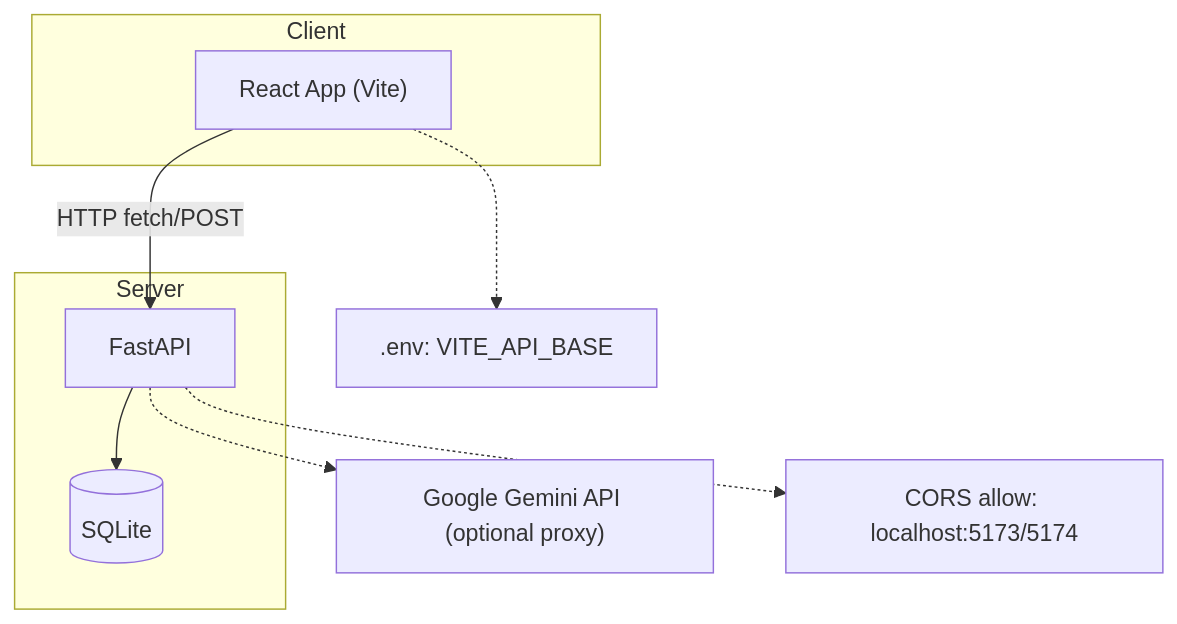
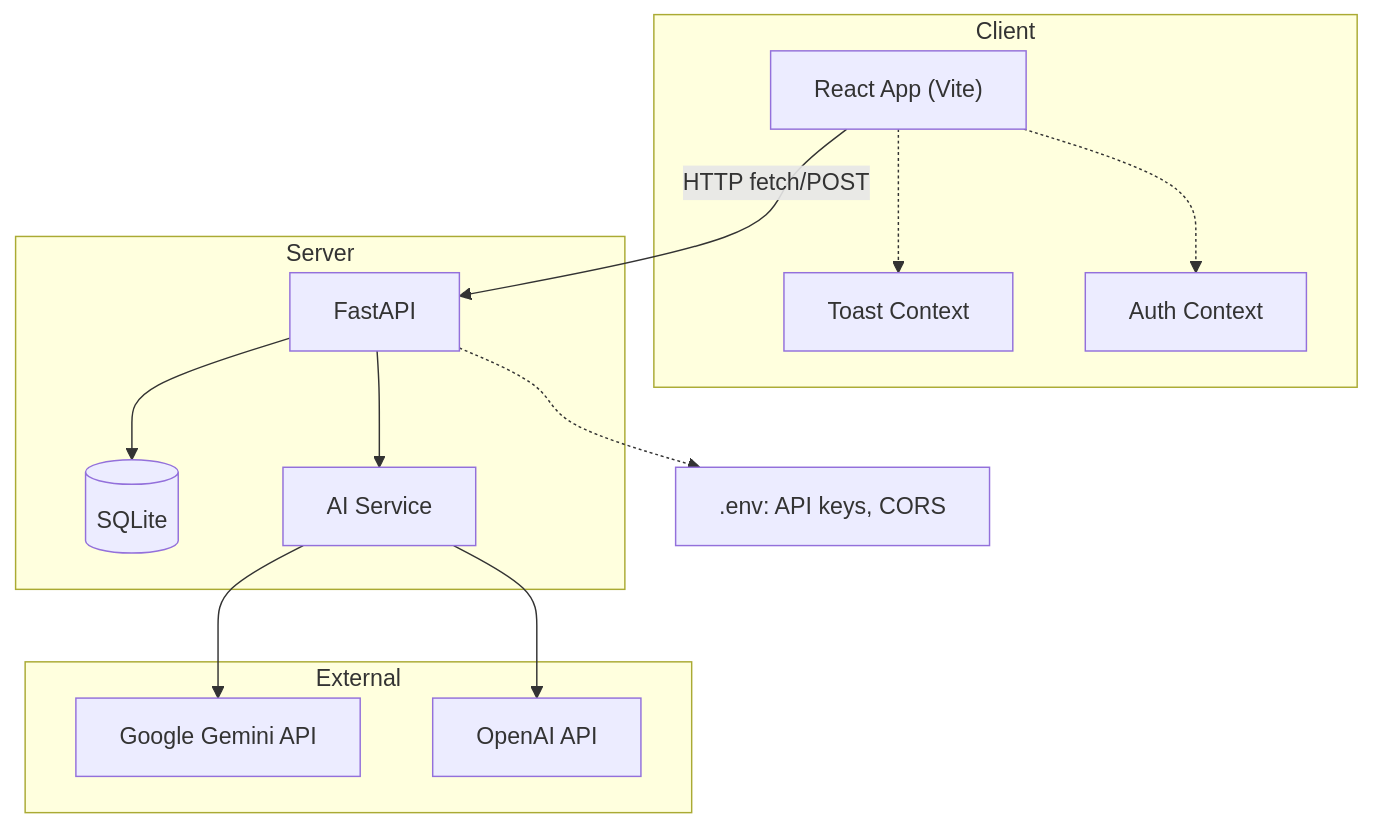
Before and after one commit to genfuru011/Sense-haiku: the eighth of 8 diagrams in Docs/Diagrams.md, drawn with Mermaid. The commit also changed other lines of this file and 12 other files, not shown here.

````diff
--- a/Docs/Diagrams.md
+++ b/Docs/Diagrams.md
@@ -60,17 +190,29 @@
 ```mermaid
 graph TD
   subgraph Client
     FE["React App (Vite)"]
+    TC["Toast Context"]
+    AC["Auth Context"]
   end
   subgraph Server
     BE["FastAPI"]
     DB[("SQLite")]
+    AI["AI Service"]
   end
+  subgraph External
+    GM["Google Gemini API"]
+    OA["OpenAI API"]
+  end
+  
   FE -->|"HTTP fetch/POST"| BE
   BE --> DB
-  BE -.-> GM["Google Gemini API (optional proxy)"]
-  ENV[".env: VITE_API_BASE"]
-  CORS["CORS allow: localhost:5173/5174"]
-  FE -.-> ENV
-  BE -.-> CORS
+  BE --> AI
+  AI --> GM
+  AI --> OA
+  
+  FE -.-> TC
+  FE -.-> AC
+  
+  ENV[".env: API keys, CORS"]
+  BE -.-> ENV
 ```
````
